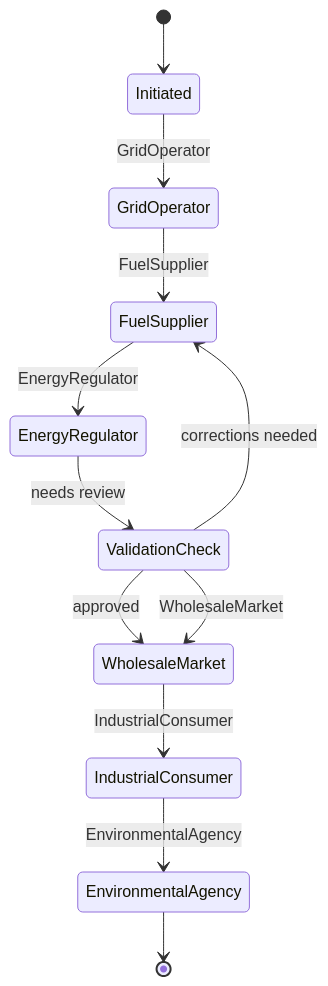
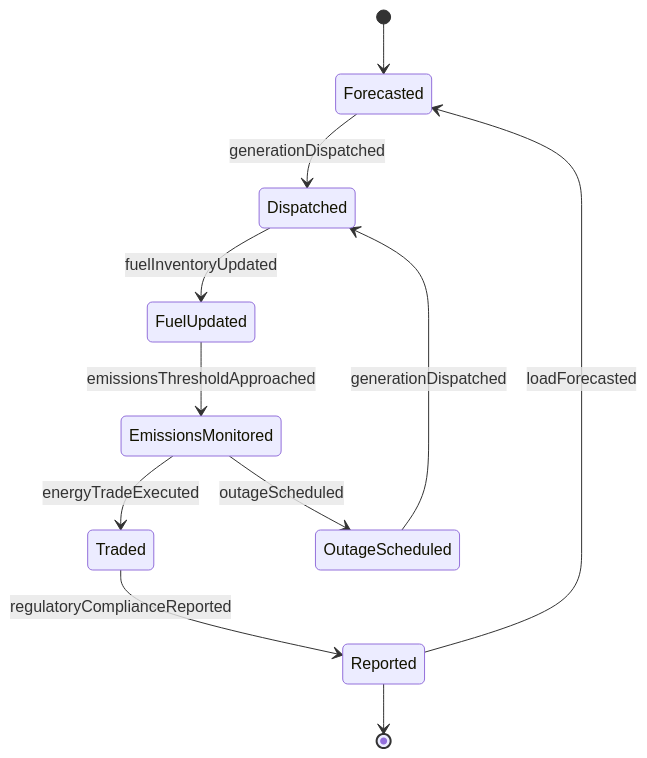
Before and after one commit to dot-org-ai/tasks.org.ai: the second of 4 diagrams in GuidingDirectingAndMotivatingSubordinates/DirectOrganizationalOperationsActivitiesOrProcedures/DirectEnergyProductionManagementActivities.mdx, drawn with Mermaid. The commit also changed other lines of this file and 515 other files, not shown here.

````diff
--- a/GuidingDirectingAndMotivatingSubordinates/DirectOrganizationalOperationsActivitiesOrProcedures/DirectEnergyProductionManagementActivities.mdx
+++ b/GuidingDirectingAndMotivatingSubordinates/DirectOrganizationalOperationsActivitiesOrProcedures/DirectEnergyProductionManagementActivities.mdx
@@ -105,14 +107,13 @@
 ```mermaid
 stateDiagram-v2
-    [*] --> Initiated
-    Initiated --> GridOperator: GridOperator
-    GridOperator --> FuelSupplier: FuelSupplier
-    FuelSupplier --> EnergyRegulator: EnergyRegulator
-    EnergyRegulator --> ValidationCheck: needs review
-    ValidationCheck --> FuelSupplier: corrections needed
-    ValidationCheck --> WholesaleMarket: approved
-    ValidationCheck --> WholesaleMarket: WholesaleMarket
-    WholesaleMarket --> IndustrialConsumer: IndustrialConsumer
-    IndustrialConsumer --> EnvironmentalAgency: EnvironmentalAgency
-    EnvironmentalAgency --> [*]
+    [*] --> Forecasted
+    Forecasted --> Dispatched : generationDispatched
+    Dispatched --> FuelUpdated : fuelInventoryUpdated
+    FuelUpdated --> EmissionsMonitored : emissionsThresholdApproached
+    EmissionsMonitored --> Traded : energyTradeExecuted
+    EmissionsMonitored --> OutageScheduled : outageScheduled
+    OutageScheduled --> Dispatched : generationDispatched
+    Traded --> Reported : regulatoryComplianceReported
+    Reported --> Forecasted : loadForecasted
+    Reported --> [*]
 ```
````
